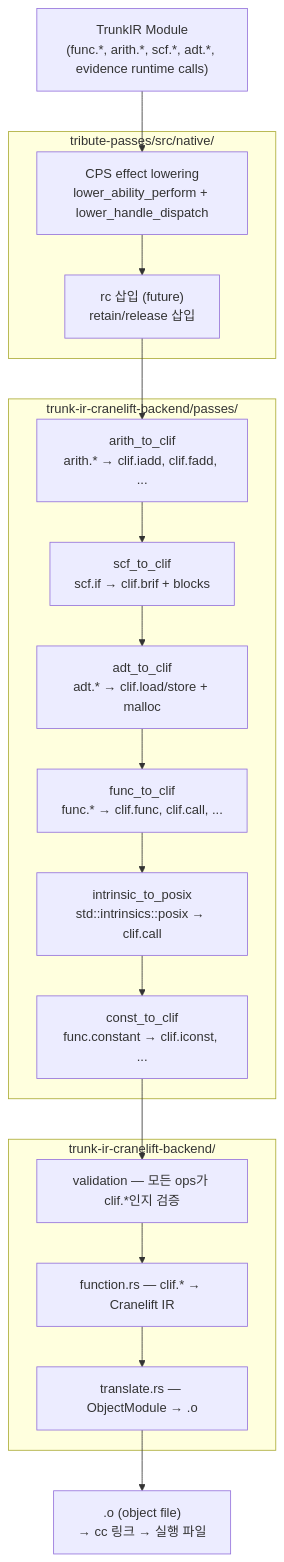
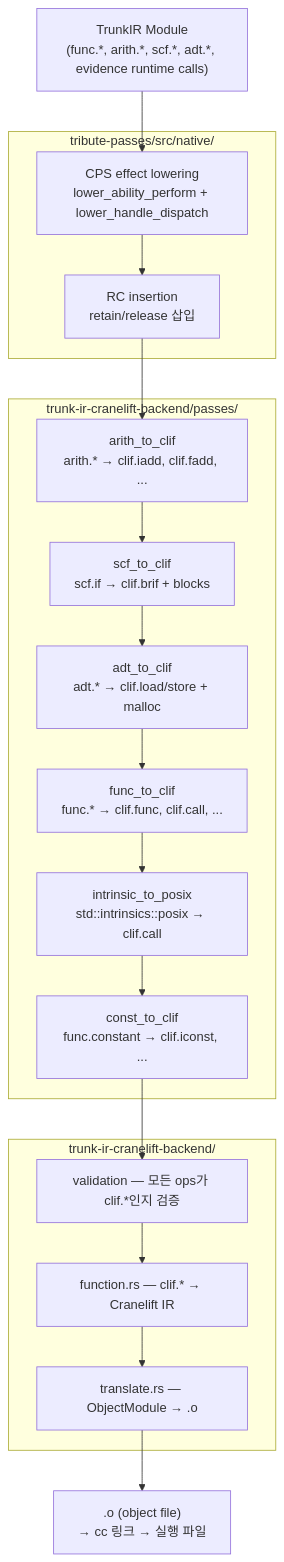
The second of 2 diagrams in new-plans/cranelift-backend.md (Kroisse/tribute), drawn with Mermaid before and after one commit. The commit also changed 16 other files, not shown here.

````diff
--- a/new-plans/cranelift-backend.md
+++ b/new-plans/cranelift-backend.md
@@ -60,30 +60,30 @@
 ```mermaid
 flowchart TB
     input["TrunkIR Module\n(func.*, arith.*, scf.*, adt.*, evidence runtime calls)"]
 
     subgraph native_passes["tribute-passes/src/native/"]
         cont["CPS effect lowering\nlower_ability_perform + lower_handle_dispatch"]
-        rc_pass["rc 삽입 (future)\nretain/release 삽입"]
+        rc_pass["RC insertion\nretain/release 삽입"]
     end
 
     subgraph clif_passes["trunk-ir-cranelift-backend/passes/"]
         arith["arith_to_clif\narith.* → clif.iadd, clif.fadd, ..."]
         scf["scf_to_clif\nscf.if → clif.brif + blocks"]
         adt["adt_to_clif\nadt.* → clif.load/store + malloc"]
         func["func_to_clif\nfunc.* → clif.func, clif.call, ..."]
         intrinsic["intrinsic_to_posix\nstd::intrinsics::posix → clif.call"]
         const_pass["const_to_clif\nfunc.constant → clif.iconst, ..."]
     end
 
     subgraph emit["trunk-ir-cranelift-backend/"]
         validate["validation — 모든 ops가 clif.*인지 검증"]
         codegen["function.rs — clif.* → Cranelift IR"]
         obj["translate.rs — ObjectModule → .o"]
     end
 
     output[".o (object file)\n→ cc 링크 → 실행 파일"]
 
     input --> cont --> rc_pass
     rc_pass --> arith --> scf --> adt --> func --> intrinsic --> const_pass
     const_pass --> validate --> codegen --> obj --> output
 ```
````
